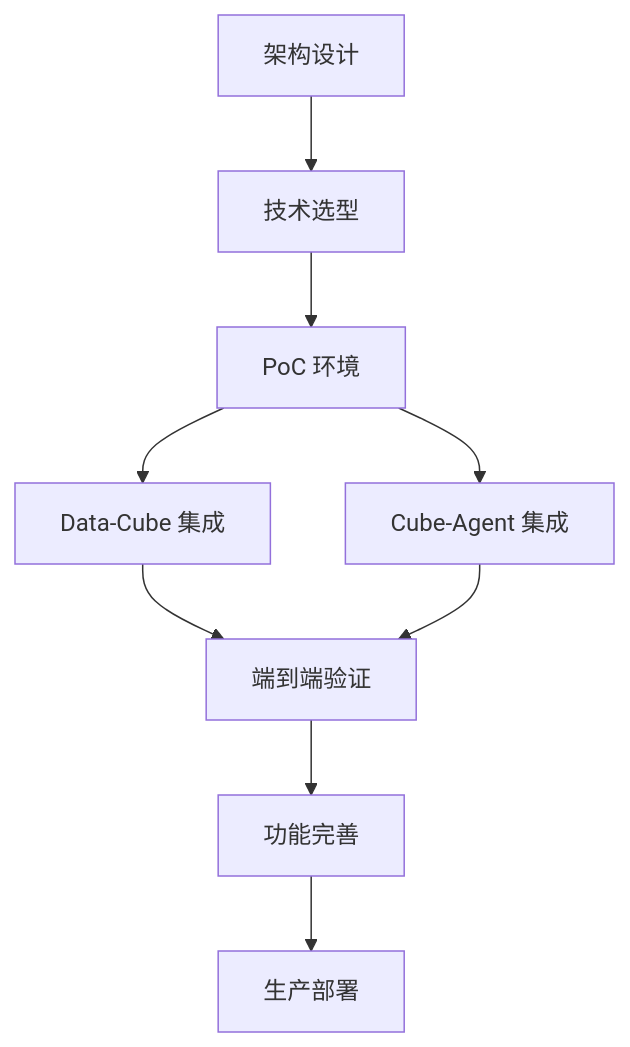
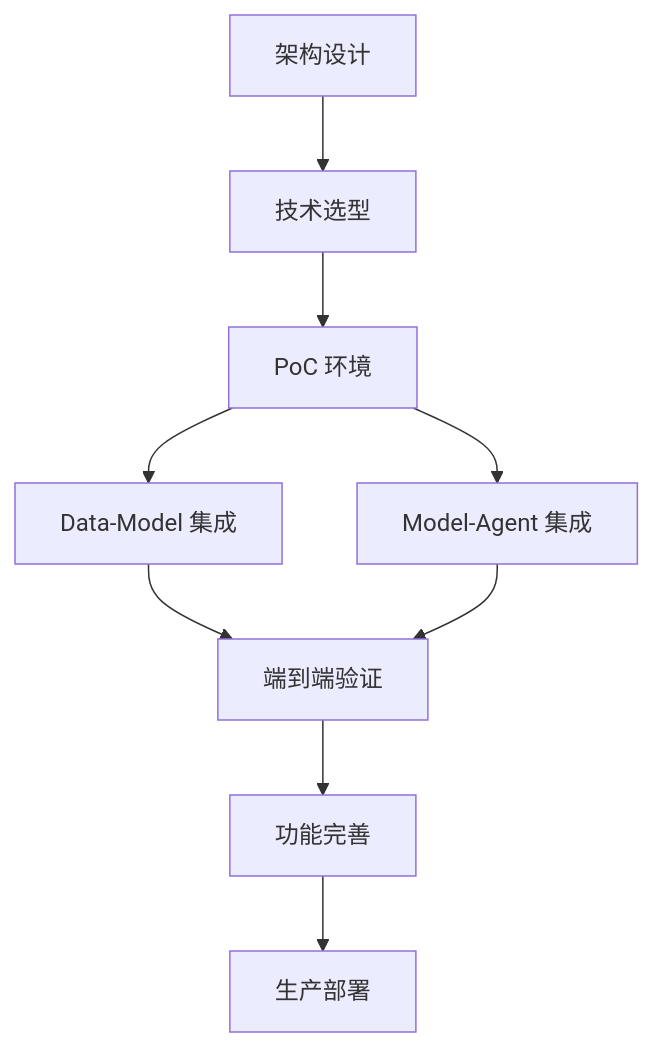
Before and after one commit to iannil/one-data-studio: the diagram in docs/05-planning/roadmap.md, drawn with Mermaid. The commit also changed other lines of this file and 117 other files, not shown here.

````diff
--- a/docs/05-planning/roadmap.md
+++ b/docs/05-planning/roadmap.md
@@ -123,11 +123,11 @@
 ```mermaid
 graph TD
     A[架构设计] --> B[技术选型]
     B --> C[PoC 环境]
-    C --> D[Data-Cube 集成]
-    C --> E[Cube-Agent 集成]
+    C --> D[Data-Model 集成]
+    C --> E[Model-Agent 集成]
     D --> F[端到端验证]
     E --> F
     F --> G[功能完善]
     G --> H[生产部署]
 ```
````
